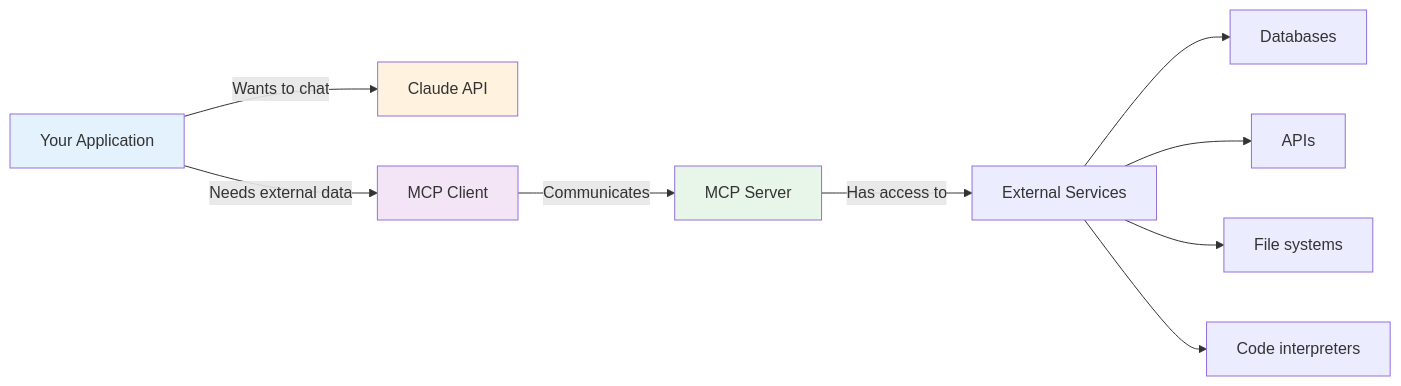
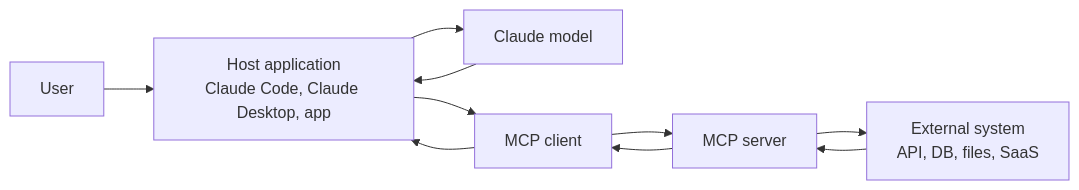
The first of 2 diagrams in docs/05_MCP.md (CagriCatik/claude-ollama-coder), drawn with Mermaid before and after one commit. The commit also changed other lines of this file and 16 other files, not shown here.

````diff
--- a/docs/05_MCP.md
+++ b/docs/05_MCP.md
@@ -78,16 +84,13 @@
 ```mermaid
-graph LR
-    A["Your Application"] -->|Wants to chat| B["Claude API"]
-    A -->|Needs external data| C["MCP Client"]
-    C -->|Communicates| D["MCP Server"]
-    D -->|Has access to| E["External Services"]
-    E --> E1["Databases"]
-    E --> E2["APIs"]
-    E --> E3["File systems"]
-    E --> E4["Code interpreters"]
-    
-    style A fill:#e3f2fd
-    style B fill:#fff3e0
-    style C fill:#f3e5f5
-    style D fill:#e8f5e9
+flowchart LR
+    User["User"] --> Host["Host application<br/>Claude Code, Claude Desktop, app"]
+    Host --> Claude["Claude model"]
+    Host --> Client["MCP client"]
+    Client --> Server["MCP server"]
+    Server --> System["External system<br/>API, DB, files, SaaS"]
+
+    Claude --> Host
+    System --> Server
+    Server --> Client
+    Client --> Host
 ```
````
